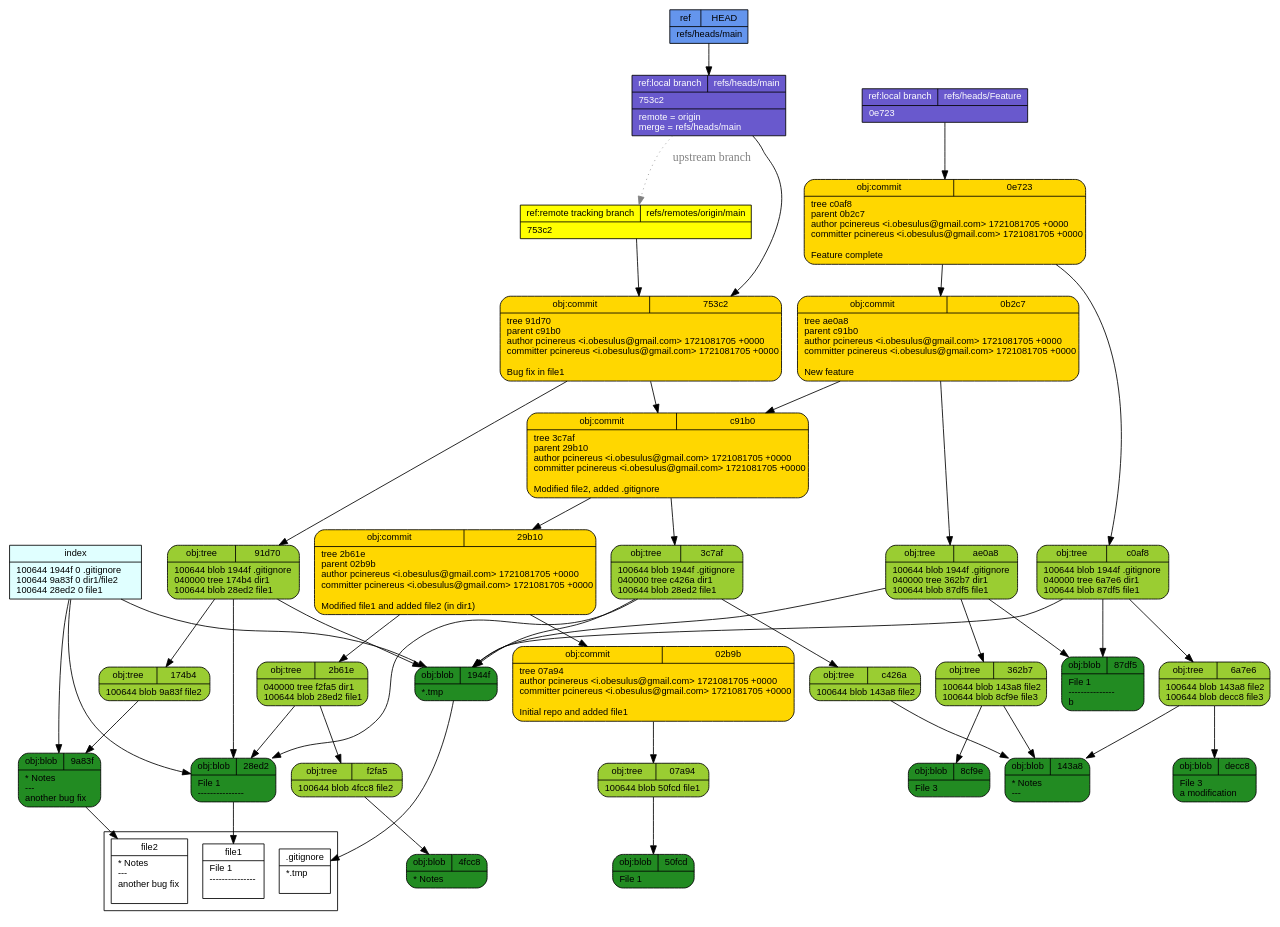
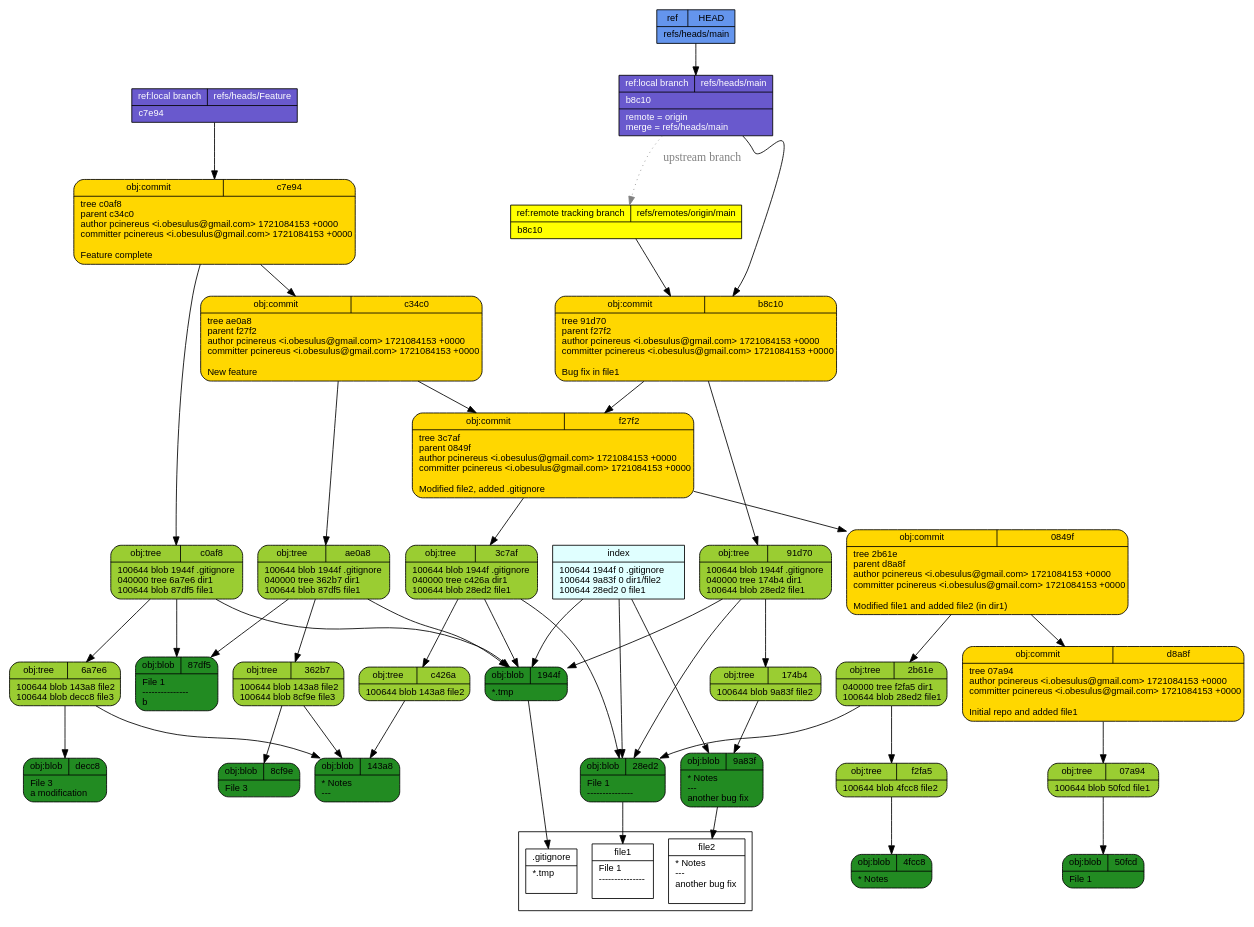
Before and after one commit to pcinereus/SUYRs_documents: the diagram in tut/git-draw.dot, drawn with Graphviz. The commit also changed 604 other files, not shown here.

```diff
--- a/tut/git-draw.dot
+++ b/tut/git-draw.dot
@@ -1,57 +1,57 @@
 digraph structs {
   node [shape=record,fontsize=11,fontname="arial"];
   rankdir="TB";
+  _f27f2 [fillcolor="gold", style="filled,rounded", label="{{obj:commit|f27f2}|tree\ 3c7af\lparent\ 0849f\lauthor\ pcinereus\ \<i\.obesulus\@gmail\.com\>\ 1721084153\ \+0000\lcommitter\ pcinereus\ \<i\.obesulus\@gmail\.com\>\ 1721084153\ \+0000\l\lModified\ file2\,\ added\ \.gitignore\l}"]  _f27f2 -> _3c7af
+  _f27f2 -> _0849f
   _f2fa5 [fillcolor="yellowgreen", style="filled,rounded", label="{{obj:tree|f2fa5}|100644\ blob\ 4fcc8\	file2\l}"]  _f2fa5 -> _4fcc8
   _07a94 [fillcolor="yellowgreen", style="filled,rounded", label="{{obj:tree|07a94}|100644\ blob\ 50fcd\	file1\l}"]  _07a94 -> _50fcd
   _143a8 [fillcolor="forestgreen", style="filled,rounded", label="{{obj:blob|143a8}|\*\ Notes\l\-\-\-\l}"]  _c0af8 [fillcolor="yellowgreen", style="filled,rounded", label="{{obj:tree|c0af8}|100644\ blob\ 1944f\	\.gitignore\l040000\ tree\ 6a7e6\	dir1\l100644\ blob\ 87df5\	file1\l}"]  _c0af8 -> _1944f
   _c0af8 -> _6a7e6
   _c0af8 -> _87df5
-  _4fcc8 [fillcolor="forestgreen", style="filled,rounded", label="{{obj:blob|4fcc8}|\*\ Notes\l}"]  _c426a [fillcolor="yellowgreen", style="filled,rounded", label="{{obj:tree|c426a}|100644\ blob\ 143a8\	file2\l}"]  _c426a -> _143a8
-  _1944f [fillcolor="forestgreen", style="filled,rounded", label="{{obj:blob|1944f}|\*\.tmp\l}"]  _50fcd [fillcolor="forestgreen", style="filled,rounded", label="{{obj:blob|50fcd}|File\ 1\l}"]  _c91b0 [fillcolor="gold", style="filled,rounded", label="{{obj:commit|c91b0}|tree\ 3c7af\lparent\ 29b10\lauthor\ pcinereus\ \<i\.obesulus\@gmail\.com\>\ 1721081705\ \+0000\lcommitter\ pcinereus\ \<i\.obesulus\@gmail\.com\>\ 1721081705\ \+0000\l\lModified\ file2\,\ added\ \.gitignore\l}"]  _c91b0 -> _3c7af
-  _c91b0 -> _29b10
-  _29b10 [fillcolor="gold", style="filled,rounded", label="{{obj:commit|29b10}|tree\ 2b61e\lparent\ 02b9b\lauthor\ pcinereus\ \<i\.obesulus\@gmail\.com\>\ 1721081705\ \+0000\lcommitter\ pcinereus\ \<i\.obesulus\@gmail\.com\>\ 1721081705\ \+0000\l\lModified\ file1\ and\ added\ file2\ \(in\ dir1\)\l}"]  _29b10 -> _2b61e
-  _29b10 -> _02b9b
-  _753c2 [fillcolor="gold", style="filled,rounded", label="{{obj:commit|753c2}|tree\ 91d70\lparent\ c91b0\lauthor\ pcinereus\ \<i\.obesulus\@gmail\.com\>\ 1721081705\ \+0000\lcommitter\ pcinereus\ \<i\.obesulus\@gmail\.com\>\ 1721081705\ \+0000\l\lBug\ fix\ in\ file1\l}"]  _753c2 -> _91d70
-  _753c2 -> _c91b0
-  _02b9b [fillcolor="gold", style="filled,rounded", label="{{obj:commit|02b9b}|tree\ 07a94\lauthor\ pcinereus\ \<i\.obesulus\@gmail\.com\>\ 1721081705\ \+0000\lcommitter\ pcinereus\ \<i\.obesulus\@gmail\.com\>\ 1721081705\ \+0000\l\lInitial\ repo\ and\ added\ file1\l}"]  _02b9b -> _07a94
-  _0e723 [fillcolor="gold", style="filled,rounded", label="{{obj:commit|0e723}|tree\ c0af8\lparent\ 0b2c7\lauthor\ pcinereus\ \<i\.obesulus\@gmail\.com\>\ 1721081705\ \+0000\lcommitter\ pcinereus\ \<i\.obesulus\@gmail\.com\>\ 1721081705\ \+0000\l\lFeature\ complete\l}"]  _0e723 -> _c0af8
-  _0e723 -> _0b2c7
-  _0b2c7 [fillcolor="gold", style="filled,rounded", label="{{obj:commit|0b2c7}|tree\ ae0a8\lparent\ c91b0\lauthor\ pcinereus\ \<i\.obesulus\@gmail\.com\>\ 1721081705\ \+0000\lcommitter\ pcinereus\ \<i\.obesulus\@gmail\.com\>\ 1721081705\ \+0000\l\lNew\ feature\l}"]  _0b2c7 -> _ae0a8
-  _0b2c7 -> _c91b0
-  _8cf9e [fillcolor="forestgreen", style="filled,rounded", label="{{obj:blob|8cf9e}|File\ 3\l}"]  _91d70 [fillcolor="yellowgreen", style="filled,rounded", label="{{obj:tree|91d70}|100644\ blob\ 1944f\	\.gitignore\l040000\ tree\ 174b4\	dir1\l100644\ blob\ 28ed2\	file1\l}"]  _91d70 -> _1944f
+  _4fcc8 [fillcolor="forestgreen", style="filled,rounded", label="{{obj:blob|4fcc8}|\*\ Notes\l}"]  _c34c0 [fillcolor="gold", style="filled,rounded", label="{{obj:commit|c34c0}|tree\ ae0a8\lparent\ f27f2\lauthor\ pcinereus\ \<i\.obesulus\@gmail\.com\>\ 1721084153\ \+0000\lcommitter\ pcinereus\ \<i\.obesulus\@gmail\.com\>\ 1721084153\ \+0000\l\lNew\ feature\l}"]  _c34c0 -> _ae0a8
+  _c34c0 -> _f27f2
+  _c426a [fillcolor="yellowgreen", style="filled,rounded", label="{{obj:tree|c426a}|100644\ blob\ 143a8\	file2\l}"]  _c426a -> _143a8
+  _1944f [fillcolor="forestgreen", style="filled,rounded", label="{{obj:blob|1944f}|\*\.tmp\l}"]  _50fcd [fillcolor="forestgreen", style="filled,rounded", label="{{obj:blob|50fcd}|File\ 1\l}"]  _0849f [fillcolor="gold", style="filled,rounded", label="{{obj:commit|0849f}|tree\ 2b61e\lparent\ d8a8f\lauthor\ pcinereus\ \<i\.obesulus\@gmail\.com\>\ 1721084153\ \+0000\lcommitter\ pcinereus\ \<i\.obesulus\@gmail\.com\>\ 1721084153\ \+0000\l\lModified\ file1\ and\ added\ file2\ \(in\ dir1\)\l}"]  _0849f -> _2b61e
+  _0849f -> _d8a8f
+  _b8c10 [fillcolor="gold", style="filled,rounded", label="{{obj:commit|b8c10}|tree\ 91d70\lparent\ f27f2\lauthor\ pcinereus\ \<i\.obesulus\@gmail\.com\>\ 1721084153\ \+0000\lcommitter\ pcinereus\ \<i\.obesulus\@gmail\.com\>\ 1721084153\ \+0000\l\lBug\ fix\ in\ file1\l}"]  _b8c10 -> _91d70
+  _b8c10 -> _f27f2
+  _8cf9e [fillcolor="forestgreen", style="filled,rounded", label="{{obj:blob|8cf9e}|File\ 3\l}"]  _c7e94 [fillcolor="gold", style="filled,rounded", label="{{obj:commit|c7e94}|tree\ c0af8\lparent\ c34c0\lauthor\ pcinereus\ \<i\.obesulus\@gmail\.com\>\ 1721084153\ \+0000\lcommitter\ pcinereus\ \<i\.obesulus\@gmail\.com\>\ 1721084153\ \+0000\l\lFeature\ complete\l}"]  _c7e94 -> _c0af8
+  _c7e94 -> _c34c0
+  _91d70 [fillcolor="yellowgreen", style="filled,rounded", label="{{obj:tree|91d70}|100644\ blob\ 1944f\	\.gitignore\l040000\ tree\ 174b4\	dir1\l100644\ blob\ 28ed2\	file1\l}"]  _91d70 -> _1944f
   _91d70 -> _174b4
   _91d70 -> _28ed2
   _9a83f [fillcolor="forestgreen", style="filled,rounded", label="{{obj:blob|9a83f}|\*\ Notes\l\-\-\-\l\ another\ bug\ fix\l}"]  _ae0a8 [fillcolor="yellowgreen", style="filled,rounded", label="{{obj:tree|ae0a8}|100644\ blob\ 1944f\	\.gitignore\l040000\ tree\ 362b7\	dir1\l100644\ blob\ 87df5\	file1\l}"]  _ae0a8 -> _1944f
   _ae0a8 -> _362b7
   _ae0a8 -> _87df5
   _2b61e [fillcolor="yellowgreen", style="filled,rounded", label="{{obj:tree|2b61e}|040000\ tree\ f2fa5\	dir1\l100644\ blob\ 28ed2\	file1\l}"]  _2b61e -> _f2fa5
   _2b61e -> _28ed2
+  _d8a8f [fillcolor="gold", style="filled,rounded", label="{{obj:commit|d8a8f}|tree\ 07a94\lauthor\ pcinereus\ \<i\.obesulus\@gmail\.com\>\ 1721084153\ \+0000\lcommitter\ pcinereus\ \<i\.obesulus\@gmail\.com\>\ 1721084153\ \+0000\l\lInitial\ repo\ and\ added\ file1\l}"]  _d8a8f -> _07a94
   _87df5 [fillcolor="forestgreen", style="filled,rounded", label="{{obj:blob|87df5}|File\ 1\l\-\-\-\-\-\-\-\-\-\-\-\-\-\-\-\lb\l}"]  _362b7 [fillcolor="yellowgreen", style="filled,rounded", label="{{obj:tree|362b7}|100644\ blob\ 143a8\	file2\l100644\ blob\ 8cf9e\	file3\l}"]  _362b7 -> _143a8
   _362b7 -> _8cf9e
   _3c7af [fillcolor="yellowgreen", style="filled,rounded", label="{{obj:tree|3c7af}|100644\ blob\ 1944f\	\.gitignore\l040000\ tree\ c426a\	dir1\l100644\ blob\ 28ed2\	file1\l}"]  _3c7af -> _1944f
   _3c7af -> _c426a
   _3c7af -> _28ed2
   _28ed2 [fillcolor="forestgreen", style="filled,rounded", label="{{obj:blob|28ed2}|File\ 1\l\-\-\-\-\-\-\-\-\-\-\-\-\-\-\-\l}"]  _6a7e6 [fillcolor="yellowgreen", style="filled,rounded", label="{{obj:tree|6a7e6}|100644\ blob\ 143a8\	file2\l100644\ blob\ decc8\	file3\l}"]  _6a7e6 -> _143a8
   _6a7e6 -> _decc8
   _174b4 [fillcolor="yellowgreen", style="filled,rounded", label="{{obj:tree|174b4}|100644\ blob\ 9a83f\	file2\l}"]  _174b4 -> _9a83f
-  _decc8 [fillcolor="forestgreen", style="filled,rounded", label="{{obj:blob|decc8}|File\ 3\l\ a\ modification\l}"]  _refs___heads___Feature [style=filled, fillcolor=slateblue3, fontcolor = white,  label="{{ref:local branch|refs\/heads\/Feature}|0e723\l}"]
-  _refs___heads___Feature -> _0e723
+  _decc8 [fillcolor="forestgreen", style="filled,rounded", label="{{obj:blob|decc8}|File\ 3\l\ a\ modification\l}"]  _refs___heads___Feature [style=filled, fillcolor=slateblue3, fontcolor = white,  label="{{ref:local branch|refs\/heads\/Feature}|c7e94\l}"]
+  _refs___heads___Feature -> _c7e94
   _refs___heads___main -> _refs___remotes___origin___main [style=dotted, color=gray, fontcolor=gray, label="upstream branch"]
-  _refs___heads___main [style=filled, fillcolor=slateblue3, fontcolor = white,  label="{{ref:local branch|refs\/heads\/main}|753c2\l|remote\ \=\ origin\lmerge\ \=\ refs\/heads\/main\l}"]
-  _refs___heads___main -> _753c2
-  _refs___remotes___origin___main [style=filled, fillcolor=yellow, fontcolor = black,  label="{{ref:remote tracking branch|refs\/remotes\/origin\/main}|753c2\l}"]
-  _refs___remotes___origin___main -> _753c2
+  _refs___heads___main [style=filled, fillcolor=slateblue3, fontcolor = white,  label="{{ref:local branch|refs\/heads\/main}|b8c10\l|remote\ \=\ origin\lmerge\ \=\ refs\/heads\/main\l}"]
+  _refs___heads___main -> _b8c10
+  _refs___remotes___origin___main [style=filled, fillcolor=yellow, fontcolor = black,  label="{{ref:remote tracking branch|refs\/remotes\/origin\/main}|b8c10\l}"]
+  _refs___remotes___origin___main -> _b8c10
   _HEAD [style=filled, fillcolor=cornflowerblue, fontcolor=black,  label="{{ref|HEAD}|refs\/heads\/main\l}"]
   _HEAD -> _refs___heads___main
   index -> _1944f
   index -> _9a83f
   index -> _28ed2
   index [style=filled, fillcolor=lightcyan, label="{{index}|100644\ 1944f\ 0\	\.gitignore\l100644\ 9a83f\ 0\	dir1\/file2\l100644\ 28ed2\ 0\	file1\l}"]
 subgraph cluster_1 {rank=sink  _gitignore [fillcolor="white", label="{{.gitignore}|*.tmp\l\l}"] 
   _file2 [fillcolor="white", label="{{file2}|* Notes\l---\l another bug fix\l\l}"] 
   _file1 [fillcolor="white", label="{{file1}|File 1\l---------------\l\l}"] 
 }
  _1944f -> _gitignore
  _9a83f -> _file2
  _28ed2 -> _file1
 }
```
